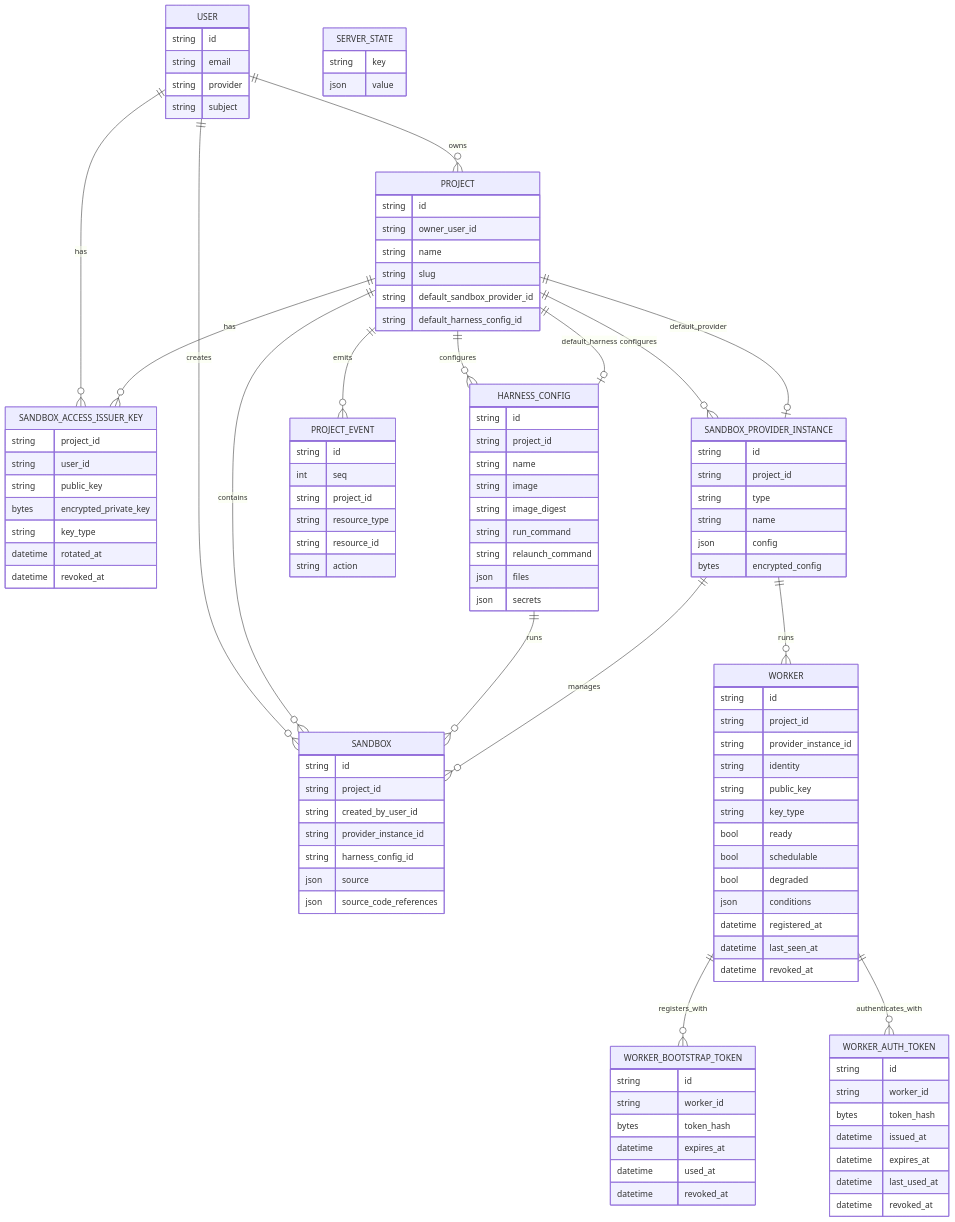
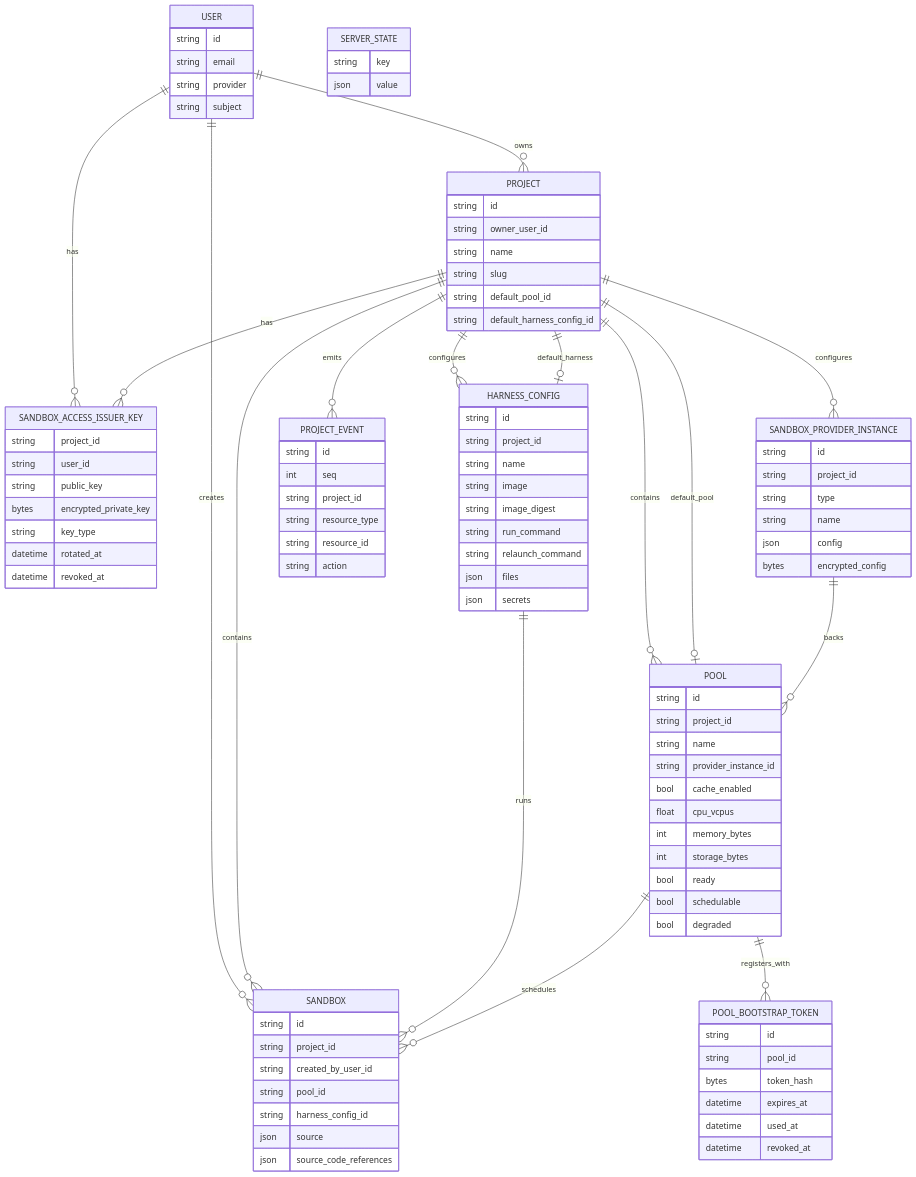
One commit to discobox-ai/discobox changed the diagram in server/internal/model/DESIGN.md. Above: the diagram before and after it, drawn with Mermaid. The commit also changed other lines of this file and 294 other files, not shown here.

```diff
--- a/server/internal/model/DESIGN.md
+++ b/server/internal/model/DESIGN.md
@@ -81,17 +80,17 @@
 
     PROJECT ||--o{ SANDBOX : contains
     PROJECT ||--o{ SANDBOX_PROVIDER_INSTANCE : configures
+    PROJECT ||--o{ POOL : contains
     PROJECT ||--o{ HARNESS_CONFIG : configures
     PROJECT ||--o{ PROJECT_EVENT : emits
     PROJECT ||--o{ SANDBOX_ACCESS_ISSUER_KEY : has
-    PROJECT ||--o| SANDBOX_PROVIDER_INSTANCE : default_provider
+    PROJECT ||--o| POOL : default_pool
     PROJECT ||--o| HARNESS_CONFIG : default_harness
 
     HARNESS_CONFIG ||--o{ SANDBOX : runs
-    SANDBOX_PROVIDER_INSTANCE ||--o{ SANDBOX : manages
-    SANDBOX_PROVIDER_INSTANCE ||--o{ WORKER : runs
-    WORKER ||--o{ WORKER_BOOTSTRAP_TOKEN : registers_with
-    WORKER ||--o{ WORKER_AUTH_TOKEN : authenticates_with
+    SANDBOX_PROVIDER_INSTANCE ||--o{ POOL : backs
+    POOL ||--o{ SANDBOX : schedules
+    POOL ||--o{ POOL_BOOTSTRAP_TOKEN : registers_with
 
     USER {
         string id
@@ -105,7 +104,7 @@
         string owner_user_id
         string name
         string slug
-        string default_sandbox_provider_id
+        string default_pool_id
         string default_harness_config_id
     }
 
@@ -118,7 +117,7 @@
         string id
         string project_id
         string created_by_user_id
-        string provider_instance_id
+        string pool_id
         string harness_config_id
         json source
         json source_code_references
@@ -145,38 +144,26 @@
         bytes encrypted_config
     }
 
-    WORKER {
+    POOL {
         string id
         string project_id
+        string name
         string provider_instance_id
-        string identity
-        string public_key
-        string key_type
+        bool cache_enabled
+        float cpu_vcpus
+        int memory_bytes
+        int storage_bytes
         bool ready
         bool schedulable
         bool degraded
-        json conditions
-        datetime registered_at
-        datetime last_seen_at
-        datetime revoked_at
     }
 
-    WORKER_BOOTSTRAP_TOKEN {
+    POOL_BOOTSTRAP_TOKEN {
         string id
-        string worker_id
+        string pool_id
         bytes token_hash
         datetime expires_at
         datetime used_at
-        datetime revoked_at
-    }
-
-    WORKER_AUTH_TOKEN {
-        string id
-        string worker_id
-        bytes token_hash
-        datetime issued_at
-        datetime expires_at
-        datetime last_used_at
         datetime revoked_at
     }
 
```
